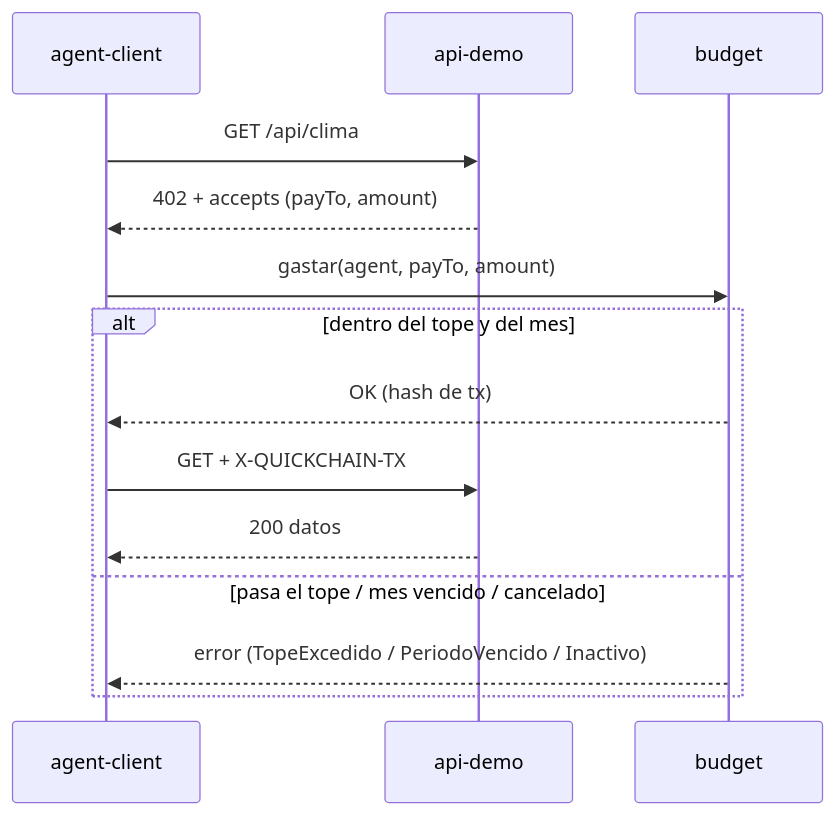
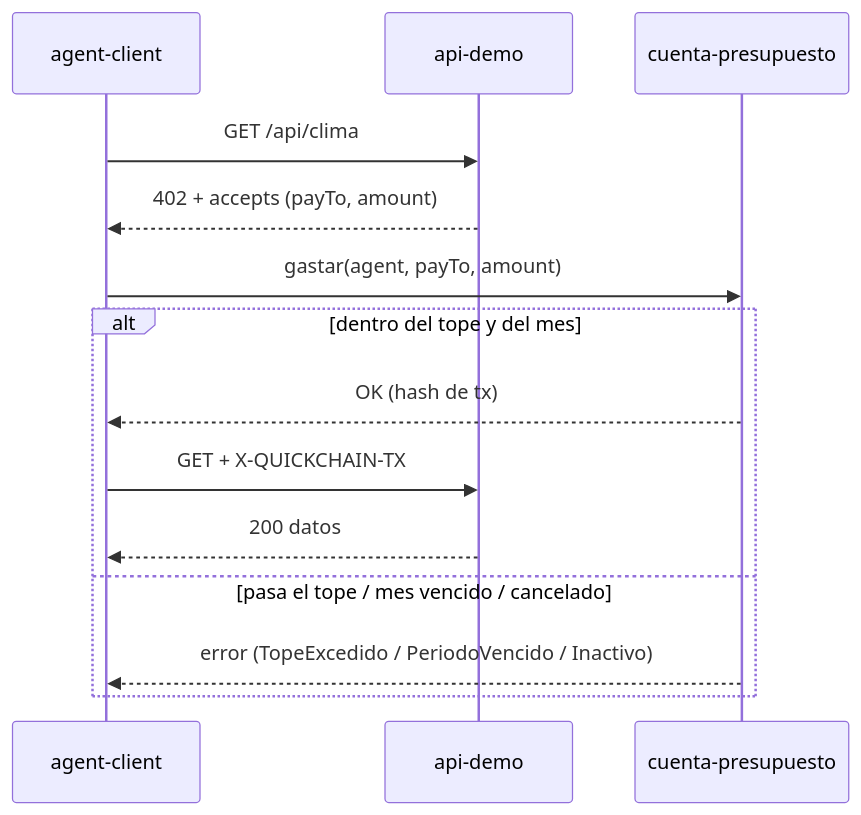
Before and after one commit to jxsu404/quickchain: the second of 3 diagrams in docs/ARQUITECTURA.md, drawn with Mermaid. The commit also changed other lines of this file and 25 other files, not shown here.

Commit message:
Q1: renombrar contracts/budget a contracts/cuenta-presupuesto (crate cuenta-presupuesto) y gitleaks compatible con main

````diff
--- a/docs/ARQUITECTURA.md
+++ b/docs/ARQUITECTURA.md
@@ -14,16 +14,16 @@
 ```mermaid
 sequenceDiagram
   participant A as agent-client
   participant API as api-demo
-  participant C as budget
+  participant C as cuenta-presupuesto
   A->>API: GET /api/clima
   API-->>A: 402 + accepts (payTo, amount)
   A->>C: gastar(agent, payTo, amount)
   alt dentro del tope y del mes
     C-->>A: OK (hash de tx)
     A->>API: GET + X-QUICKCHAIN-TX
     API-->>A: 200 datos
   else pasa el tope / mes vencido / cancelado
     C-->>A: error (TopeExcedido / PeriodoVencido / Inactivo)
   end
 ```
````
